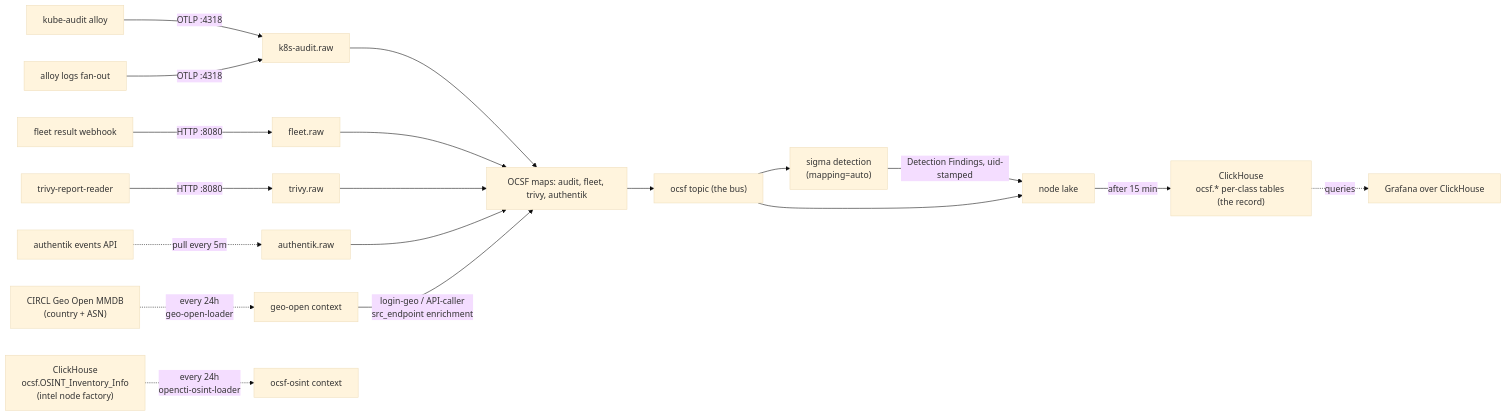
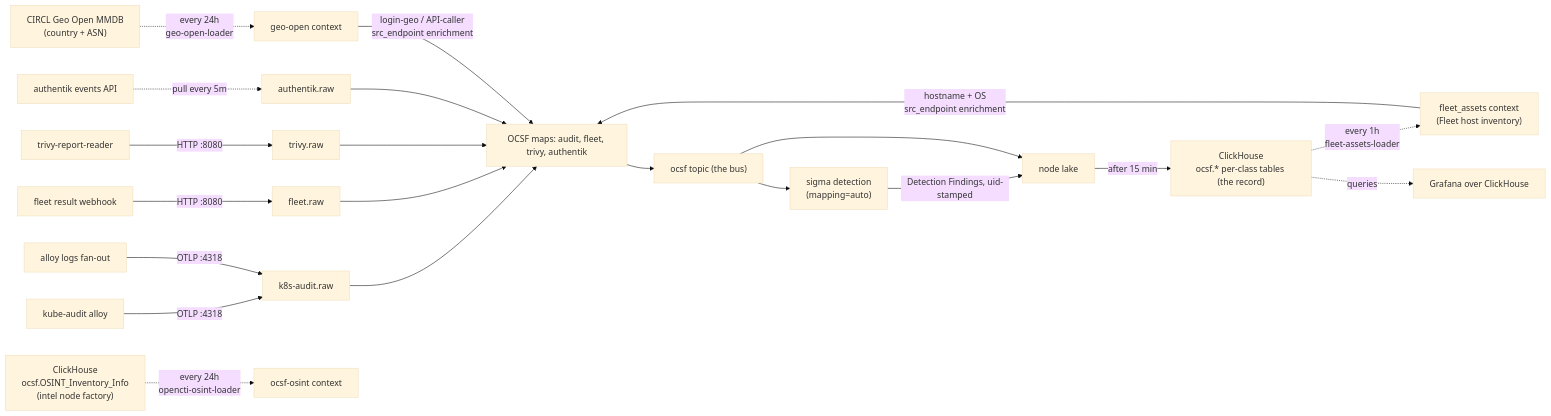
The diagram in flux/manifests/04-apps/security/tenzir/nodes/core/README.md (Apocrathia/homelab), drawn with Mermaid (base theme) before and after one commit. The commit also changed other lines of this file and 15 other files, not shown here.

````diff
--- a/flux/manifests/04-apps/security/tenzir/nodes/core/README.md
+++ b/flux/manifests/04-apps/security/tenzir/nodes/core/README.md
@@ -47,22 +56,24 @@
 ```mermaid
 flowchart LR
     KAT["kube-audit alloy"] -->|"OTLP :4318"| AUD["k8s-audit.raw"]
     ALY["alloy logs fan-out"] -->|"OTLP :4318"| AUD
     FRW["fleet result webhook"] -->|"HTTP :8080"| FLT["fleet.raw"]
     TRR["trivy-report-reader"] -->|"HTTP :8080"| TRV["trivy.raw"]
     AKE["authentik events API"] -.->|"pull every 5m"| ATH["authentik.raw"]
 
     AUD --> MAP["OCSF maps: audit, fleet, trivy, authentik"]
     FLT --> MAP
     TRV --> MAP
     ATH --> MAP
     CIRCL["CIRCL Geo Open MMDB<br/>(country + ASN)"] -.->|"every 24h<br/>geo-open-loader"| GEO["geo-open context"]
+    CH -.->|"every 1h<br/>fleet-assets-loader"| FA["fleet_assets context<br/>(Fleet host inventory)"]
+    FA -->|"hostname + OS<br/>src_endpoint enrichment"| MAP
     GEO -->|"login-geo / API-caller<br/>src_endpoint enrichment"| MAP
     CHOS["ClickHouse<br/>ocsf.OSINT_Inventory_Info<br/>(intel node factory)"] -.->|"every 24h<br/>opencti-osint-loader"| OCTX["ocsf-osint context"]
     MAP --> BUS["ocsf topic (the bus)"]
     BUS --> SIG["sigma detection<br/>(mapping=auto)"]
     SIG -->|"Detection Findings, uid-stamped"| LAKE["node lake"]
     BUS --> LAKE
     LAKE -->|"after 15 min"| CH["ClickHouse<br/>ocsf.* per-class tables (the record)"]
     CH -.->|"queries"| GRAF["Grafana over ClickHouse"]
 ```
````
